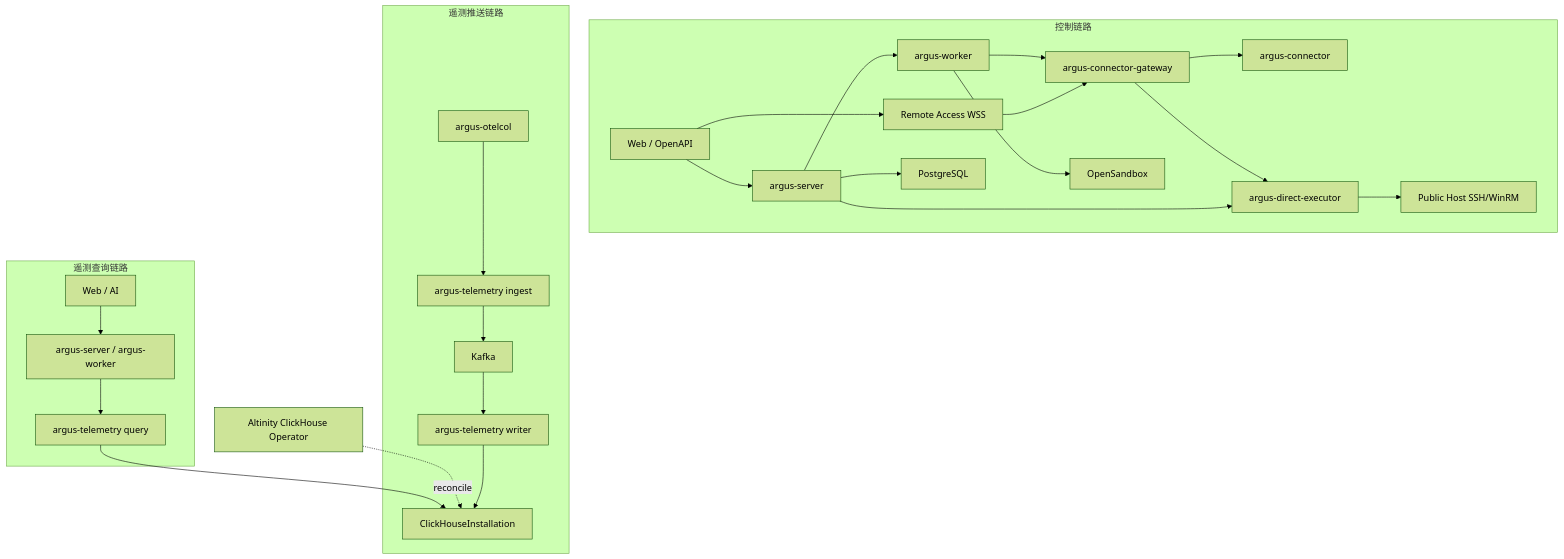
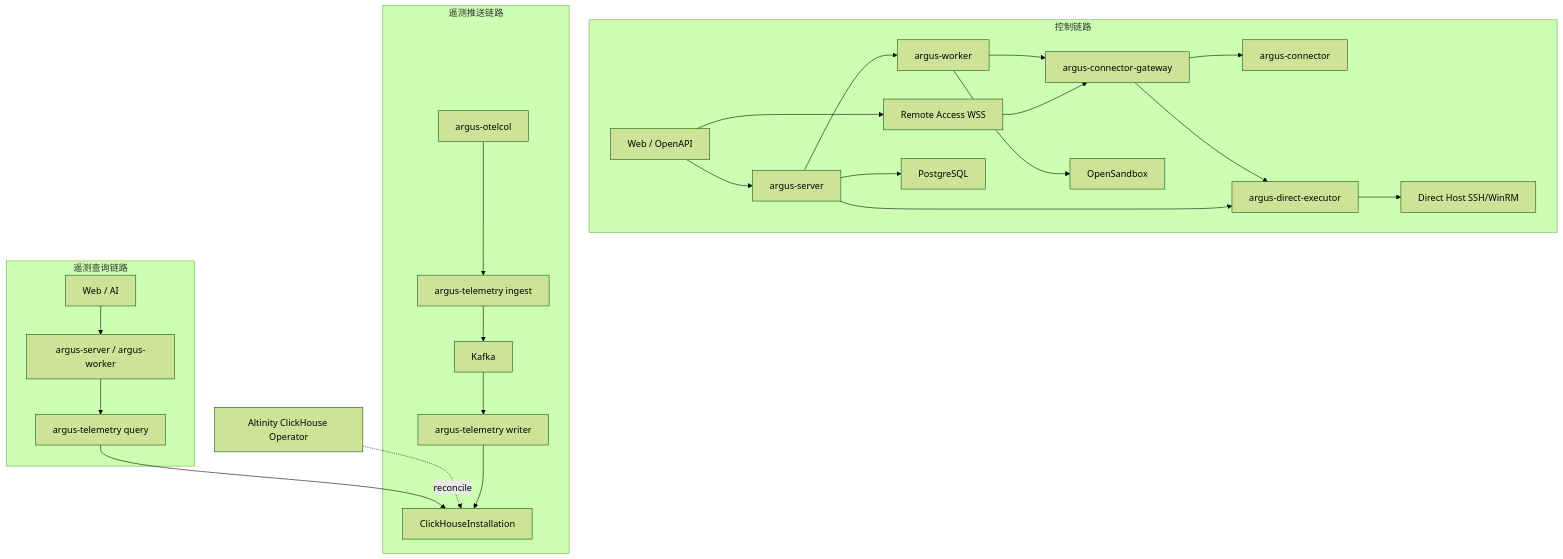
The first of 2 diagrams in docs/10-service-components-and-kubernetes-deployment.md (kakj-go/Argus), drawn with Mermaid (forest theme) before and after one commit. The commit also changed other lines of this file and 335 other files, not shown here.

````diff
--- a/docs/10-service-components-and-kubernetes-deployment.md
+++ b/docs/10-service-components-and-kubernetes-deployment.md
@@ -93,31 +93,31 @@
 ```mermaid
 flowchart TB
     subgraph Control["控制链路"]
         Web["Web / OpenAPI"] --> Server["argus-server"]
         Server --> Worker["argus-worker"]
         Worker --> CG["argus-connector-gateway"]
         CG --> Connector["argus-connector"]
         Web --> RA["Remote Access WSS"]
         RA --> CG
         CG --> DE
         Server --> DE["argus-direct-executor"]
-        DE --> PublicHost["Public Host SSH/WinRM"]
+        DE --> DirectHost["Direct Host SSH/WinRM"]
         Worker --> OS["OpenSandbox"]
         Server --> PG["PostgreSQL"]
     end
 
     subgraph Ingestion["遥测推送链路"]
         OTel["argus-otelcol"] --> TI["argus-telemetry ingest"]
         TI --> Kafka["Kafka"]
         Kafka --> Writer["argus-telemetry writer"]
         Writer --> CH["ClickHouseInstallation"]
     end
 
     subgraph Query["遥测查询链路"]
         WebAI["Web / AI"] --> SQ["argus-server / argus-worker"]
         SQ --> TQ["argus-telemetry query"]
         TQ --> CH
     end
 
     Operator["Altinity ClickHouse Operator"] -. reconcile .-> CH
 ```
````
